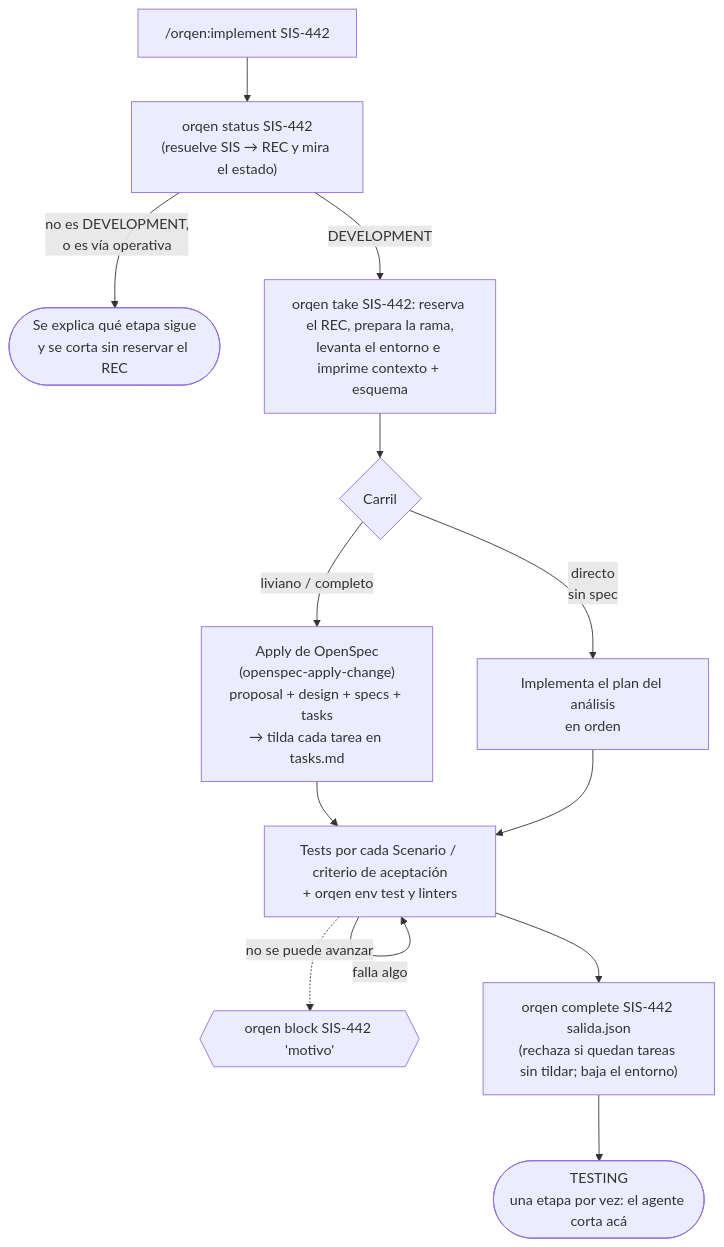
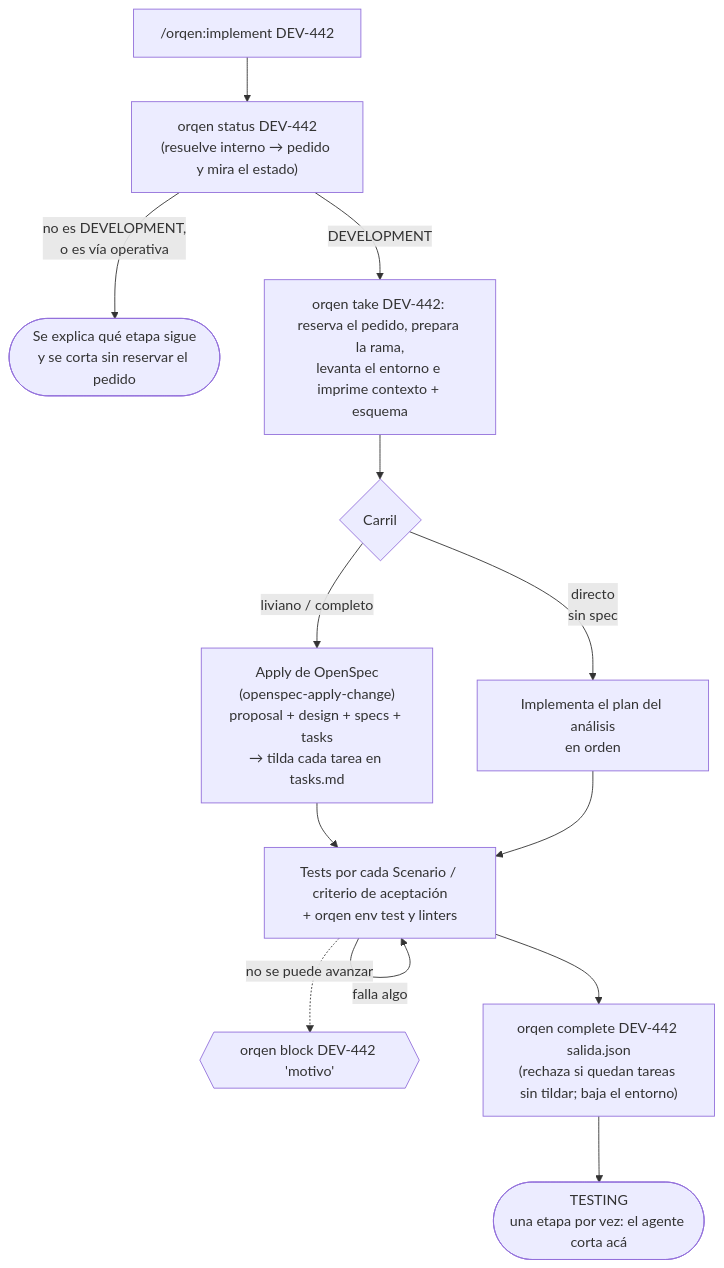
The third of 7 diagrams in README.md (sistemas-telpin/orqen), drawn with Mermaid before and after one commit. The commit also changed other lines of this file and 106 other files, not shown here.

````diff
--- a/README.md
+++ b/README.md
@@ -158,15 +158,15 @@
 ```mermaid
 flowchart TD
-    A["/orqen:implement SIS-442"] --> B["orqen status SIS-442<br/>(resuelve SIS → REC y mira el estado)"]
-    B -->|"no es DEVELOPMENT,<br/>o es vía operativa"| X(["Se explica qué etapa sigue<br/>y se corta sin reservar el REC"])
-    B -->|"DEVELOPMENT"| C["orqen take SIS-442: reserva el REC, prepara la rama,<br/>levanta el entorno e imprime contexto + esquema"]
+    A["/orqen:implement DEV-442"] --> B["orqen status DEV-442<br/>(resuelve interno → pedido y mira el estado)"]
+    B -->|"no es DEVELOPMENT,<br/>o es vía operativa"| X(["Se explica qué etapa sigue<br/>y se corta sin reservar el pedido"])
+    B -->|"DEVELOPMENT"| C["orqen take DEV-442: reserva el pedido, prepara la rama,<br/>levanta el entorno e imprime contexto + esquema"]
     C --> D{"Carril"}
     D -->|"liviano / completo"| E["Apply de OpenSpec<br/>(openspec-apply-change)<br/>proposal + design + specs + tasks<br/>→ tilda cada tarea en tasks.md"]
     D -->|"directo<br/>sin spec"| F["Implementa el plan del análisis<br/>en orden"]
     E --> G
     F --> G["Tests por cada Scenario / criterio de aceptación<br/>+ orqen env test y linters"]
     G -->|"falla algo"| G
-    G --> H["orqen complete SIS-442 salida.json<br/>(rechaza si quedan tareas sin tildar; baja el entorno)"]
+    G --> H["orqen complete DEV-442 salida.json<br/>(rechaza si quedan tareas sin tildar; baja el entorno)"]
     H --> I(["TESTING<br/>una etapa por vez: el agente corta acá"])
-    G -.->|"no se puede avanzar"| Z{{"orqen block SIS-442 'motivo'"}}
+    G -.->|"no se puede avanzar"| Z{{"orqen block DEV-442 'motivo'"}}
 ```
````
